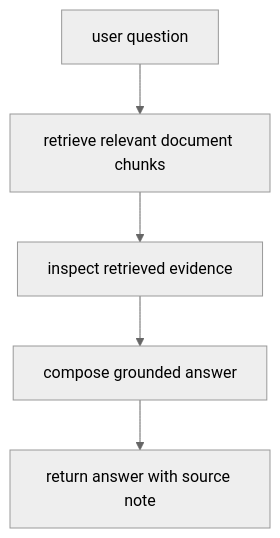
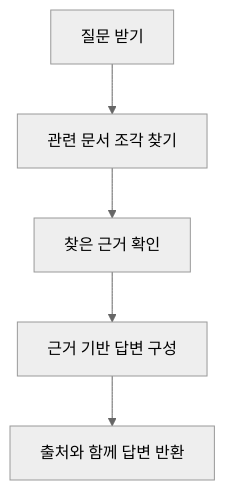
Before and after one commit to devchan64/AiBook: the diagram in docs/parts/part-07/chapter-05/section-01.md, drawn with Mermaid (neutral theme). The commit also changed other lines of this file and 15 other files, not shown here.

````diff
--- a/docs/parts/part-07/chapter-05/section-01.md
+++ b/docs/parts/part-07/chapter-05/section-01.md
@@ -78,10 +72,10 @@
 ```mermaid
 flowchart TD
-  A["user question"]
-  B["retrieve relevant document chunks"]
-  C["inspect retrieved evidence"]
-  D["compose grounded answer"]
-  E["return answer with source note"]
+  A["질문 받기"]
+  B["관련 문서 조각 찾기"]
+  C["찾은 근거 확인"]
+  D["근거 기반 답변 구성"]
+  E["출처와 함께 답변 반환"]
 
   A --> B --> C --> D --> E
 ```
````
